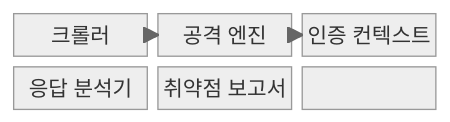
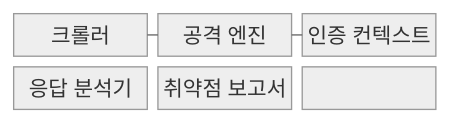
Before and after one commit to agnusdei1207/knowledge-base: the first of 2 diagrams in src/content/docs/notes/03-software/068_dynamic_application_security_testing.md, drawn with Mermaid (neutral theme). The commit also changed other lines of this file and 493 other files, not shown here.

````diff
--- a/src/content/docs/notes/03-software/068_dynamic_application_security_testing.md
+++ b/src/content/docs/notes/03-software/068_dynamic_application_security_testing.md
@@ -69,12 +69,12 @@
 ```mermaid
-block
+block-beta
   columns 3
   C["크롤러"]
   A["공격 엔진"]
   X["인증 컨텍스트"]
   O["응답 분석기"]
   R["취약점 보고서"]
-  C --> A
-  X --> A
-  A --> O --> R
+  C --- A
+  X --- A
+  A --- O --- R
 ```
````
